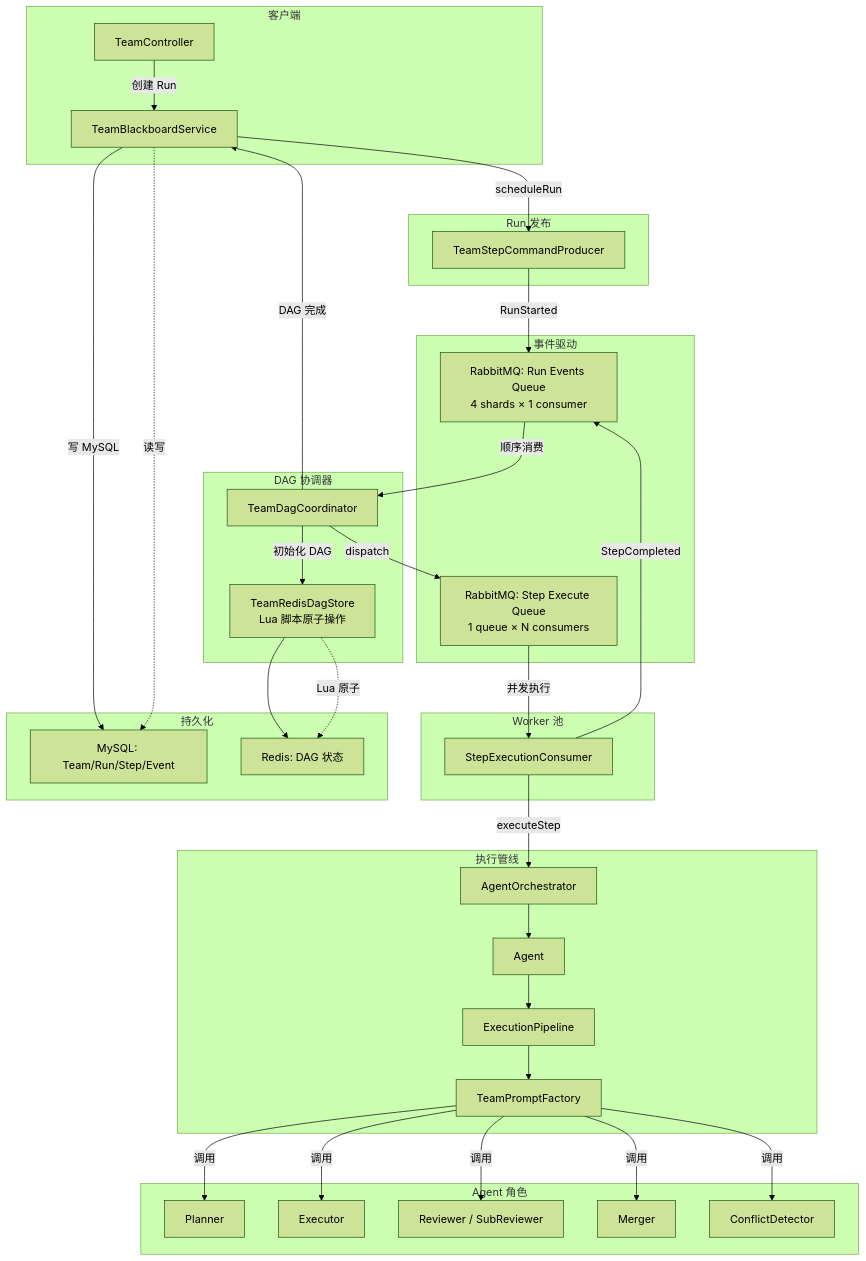
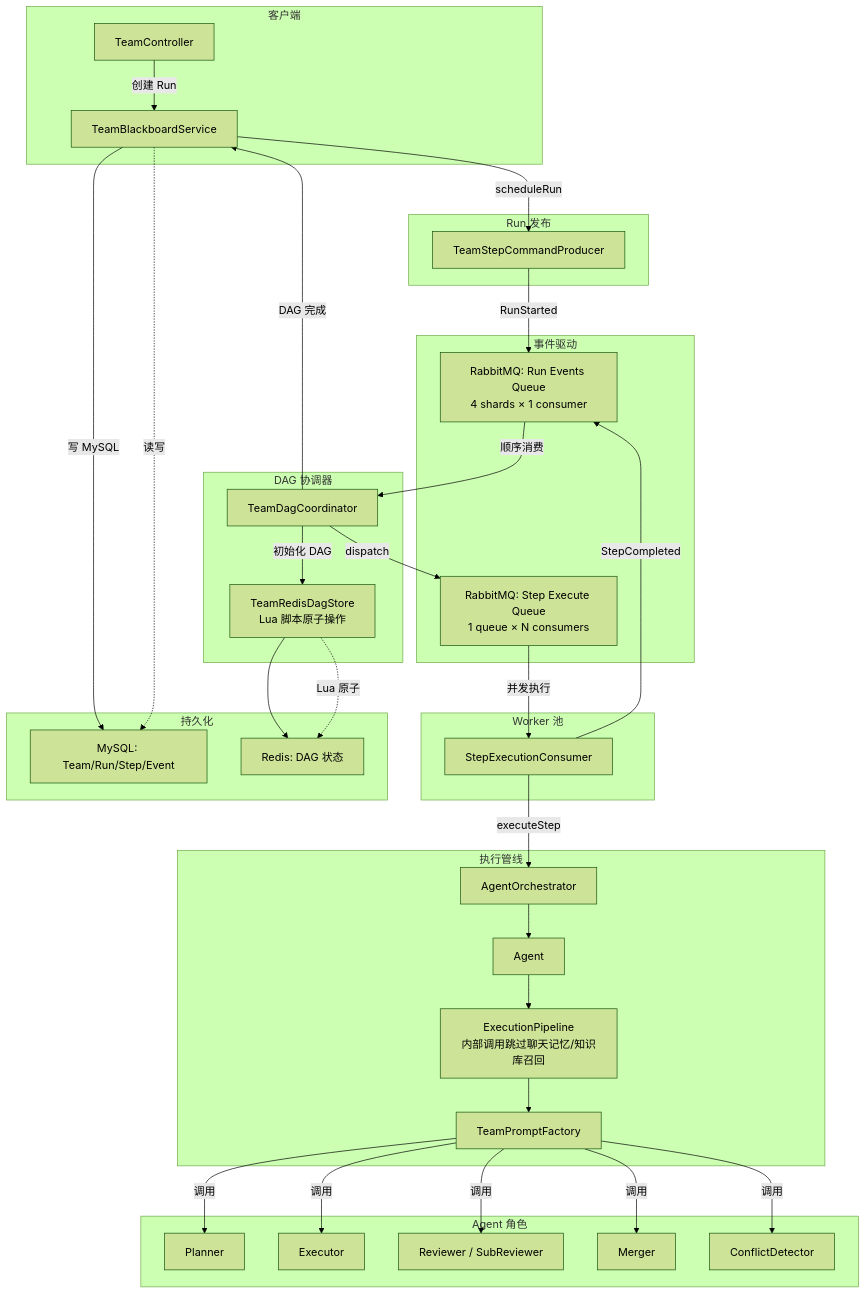
One commit to kaiyue-ai/EchoMind changed the third of 3 diagrams in README.md. Above: the diagram before and after it, drawn with Mermaid (forest theme). The commit also changed other lines of this file and 20 other files, not shown here.

````diff
--- a/README.md
+++ b/README.md
@@ -191,62 +191,62 @@
 ```mermaid
 flowchart TB
     subgraph Client["客户端"]
         A["TeamController"]
         A2["TeamBlackboardService"]
     end
 
     subgraph Engine["Run 发布"]
         B["TeamStepCommandProducer"]
     end
 
     subgraph Events["事件驱动"]
         C["RabbitMQ: Run Events Queue<br/>4 shards × 1 consumer"]
         D["RabbitMQ: Step Execute Queue<br/>1 queue × N consumers"]
     end
 
     subgraph Coordinator["DAG 协调器"]
         E["TeamDagCoordinator"]
         E2["TeamRedisDagStore<br/>Lua 脚本原子操作"]
     end
 
     subgraph Workers["Worker 池"]
         F["StepExecutionConsumer"]
     end
 
     subgraph Pipeline["执行管线"]
         G["AgentOrchestrator"]
         H["Agent"]
-        I["ExecutionPipeline"]
+        I["ExecutionPipeline<br/>内部调用跳过聊天记忆/知识库召回"]
         J["TeamPromptFactory"]
     end
 
     subgraph Roles["Agent 角色"]
         K["Planner"]
         L["Executor"]
         M["Reviewer / SubReviewer"]
         N["Merger"]
         O["ConflictDetector"]
     end
 
     subgraph Storage["持久化"]
         P["MySQL: Team/Run/Step/Event"]
         Q["Redis: DAG 状态"]
     end
 
     A -->|创建 Run| A2 -->|写 MySQL| P
     A2 -->|scheduleRun| B -->|RunStarted| C
     C -->|顺序消费| E
     E -->|初始化 DAG| E2 --> Q
     E -->|dispatch| D
     D -->|并发执行| F
     F -->|executeStep| G --> H --> I
     I --> J -->|调用| K
     J -->|调用| L
     J -->|调用| M
     J -->|调用| N
     J -->|调用| O
     F -->|StepCompleted| C
     E -->|DAG 完成| A2
     E2 -.->|Lua 原子| Q
     A2 -.->|读写| P
 ```
````
